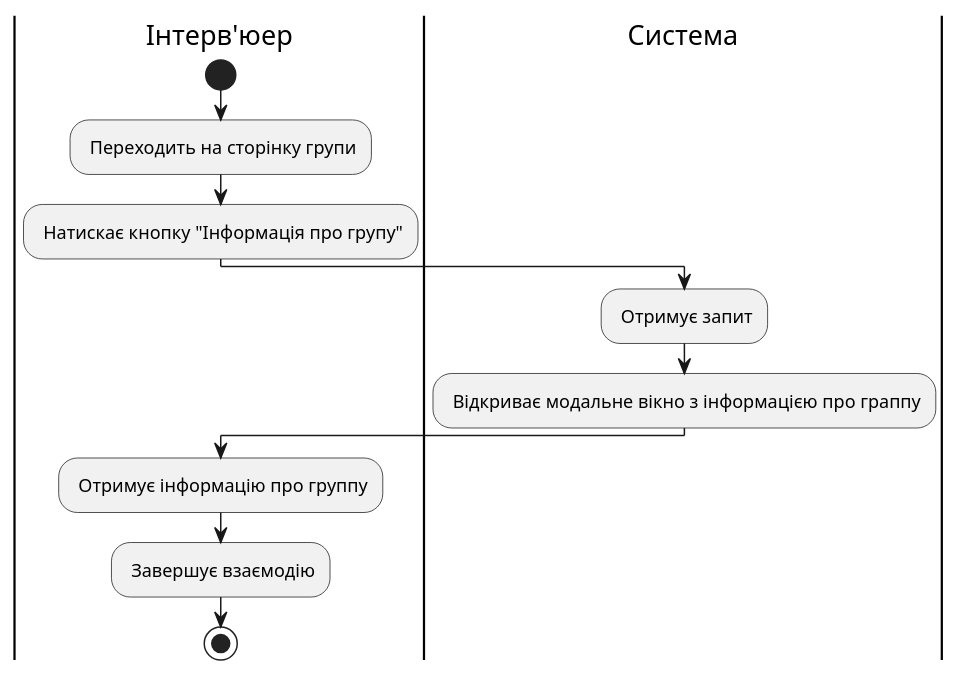
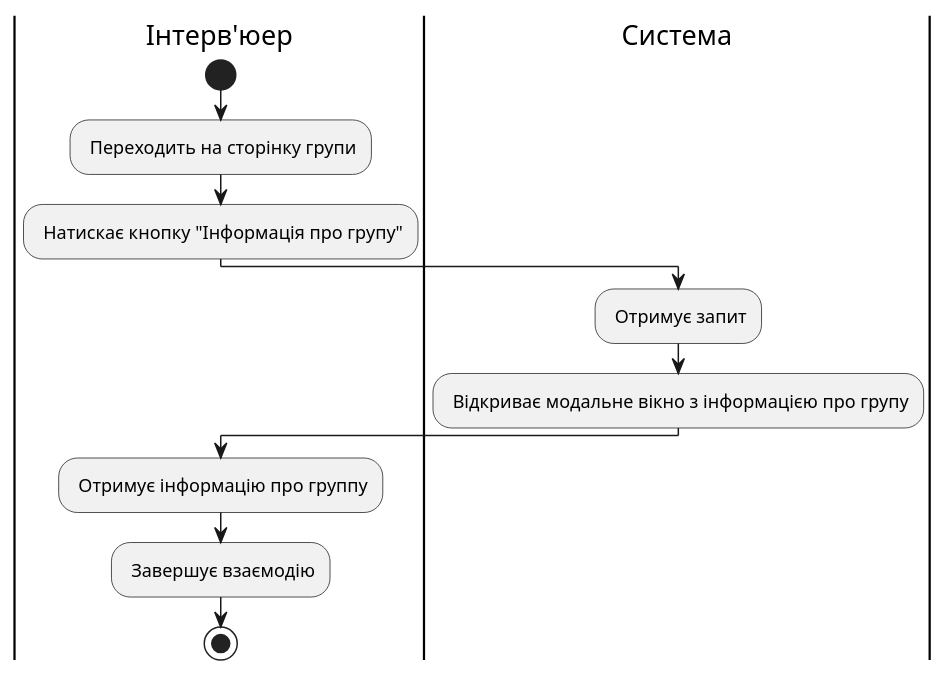
Diagram 18 of 22 in docs/use cases/README.md (michigang1/ImForms), drawn with PlantUML before and after one commit. The commit also changed other lines of this file, not shown here.

Commit message:
Added some changes in diagrams of scenarios

```diff
--- a/docs/use cases/README.md
+++ b/docs/use cases/README.md
@@ -839,16 +839,16 @@
 @startuml
 
 |Інтерв'юер|
 start
 : Переходить на сторінку групи;
 : Натискає кнопку "Інформація про групу";
 
 |Система|
 : Отримує запит;
-: Відкриває модальне вікно з інформацією про граппу;
+: Відкриває модальне вікно з інформацією про групу;
 
 |Інтерв'юер|
 : Отримує інформацію про группу;
 : Завершує взаємодію;
 stop;
 @enduml
```
